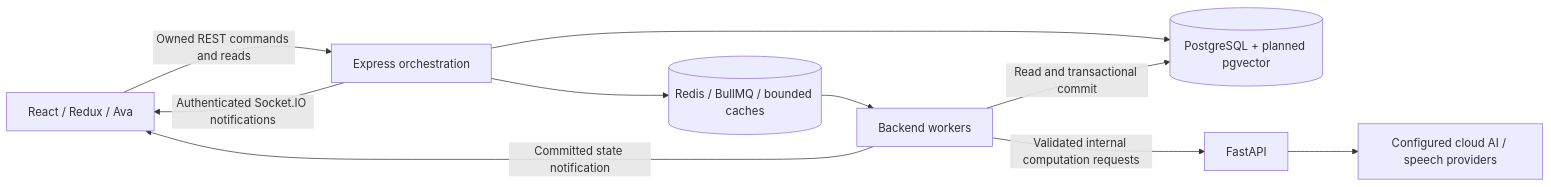
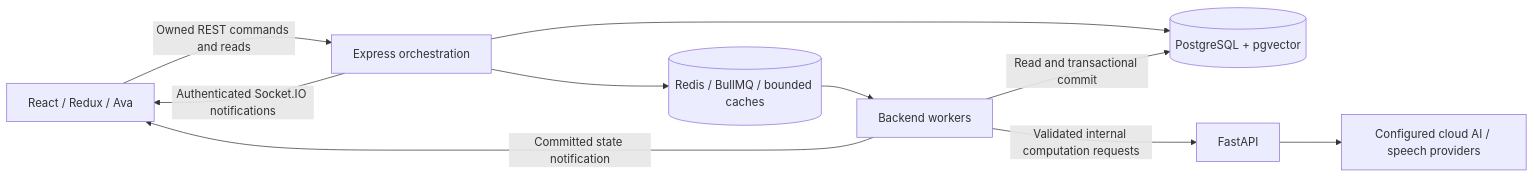
Before and after one commit to yasir-mrwt/aptLyra: the diagram in docs/target-architecture.md, drawn with Mermaid. The commit also changed other lines of this file and 46 other files, not shown here.

````diff
--- a/docs/target-architecture.md
+++ b/docs/target-architecture.md
@@ -33,12 +33,12 @@
 ```mermaid
 flowchart LR
     UI[React / Redux / Ava] -->|Owned REST commands and reads| API[Express orchestration]
     API -->|Authenticated Socket.IO notifications| UI
-    API --> PG[(PostgreSQL + planned pgvector)]
+    API --> PG[(PostgreSQL + pgvector)]
     API --> Redis[(Redis / BullMQ / bounded caches)]
     Redis --> Worker[Backend workers]
     Worker -->|Read and transactional commit| PG
     Worker -->|Validated internal computation requests| AI[FastAPI]
     AI --> Providers[Configured cloud AI / speech providers]
     Worker -->|Committed state notification| UI
 ```
````
